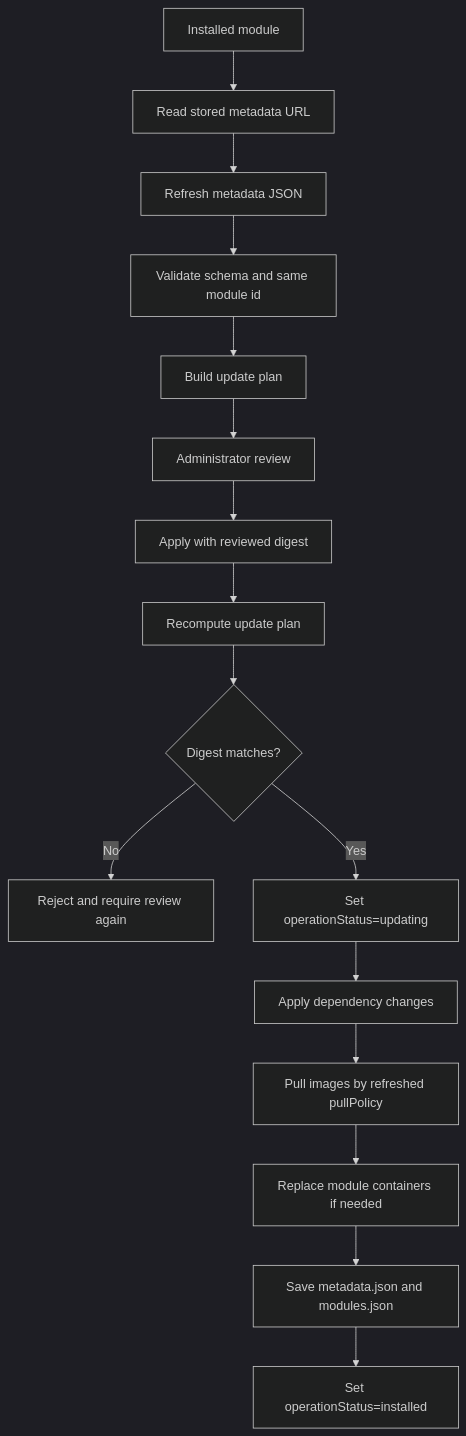
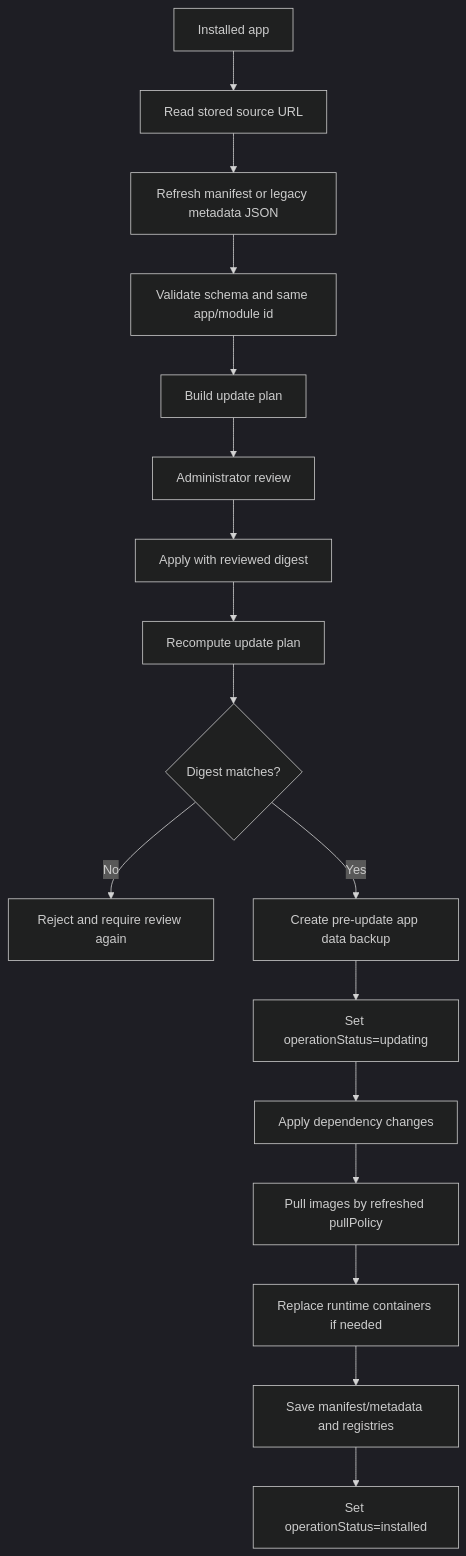
The diagram in docs/features/module-update.md (alex-de-haas/docker-host), drawn with Mermaid (dark theme) before and after one commit. The commit also changed other lines of this file and 77 other files, not shown here.

````diff
--- a/docs/features/module-update.md
+++ b/docs/features/module-update.md
@@ -66,18 +67,19 @@
 ```mermaid
 flowchart TD
-  A["Installed module"] --> B["Read stored metadata URL"]
-  B --> C["Refresh metadata JSON"]
-  C --> D["Validate schema and same module id"]
+  A["Installed app"] --> B["Read stored source URL"]
+  B --> C["Refresh manifest or legacy metadata JSON"]
+  C --> D["Validate schema and same app/module id"]
   D --> E["Build update plan"]
   E --> F["Administrator review"]
   F --> G["Apply with reviewed digest"]
   G --> H["Recompute update plan"]
   H --> I{"Digest matches?"}
   I -- "No" --> J["Reject and require review again"]
-  I -- "Yes" --> K["Set operationStatus=updating"]
-  K --> L["Apply dependency changes"]
-  L --> M["Pull images by refreshed pullPolicy"]
-  M --> N["Replace module containers if needed"]
-  N --> O["Save metadata.json and modules.json"]
-  O --> P["Set operationStatus=installed"]
+  I -- "Yes" --> K["Create pre-update app data backup"]
+  K --> L["Set operationStatus=updating"]
+  L --> M["Apply dependency changes"]
+  M --> N["Pull images by refreshed pullPolicy"]
+  N --> O["Replace runtime containers if needed"]
+  O --> P["Save manifest/metadata and registries"]
+  P --> Q["Set operationStatus=installed"]
 ```
````
